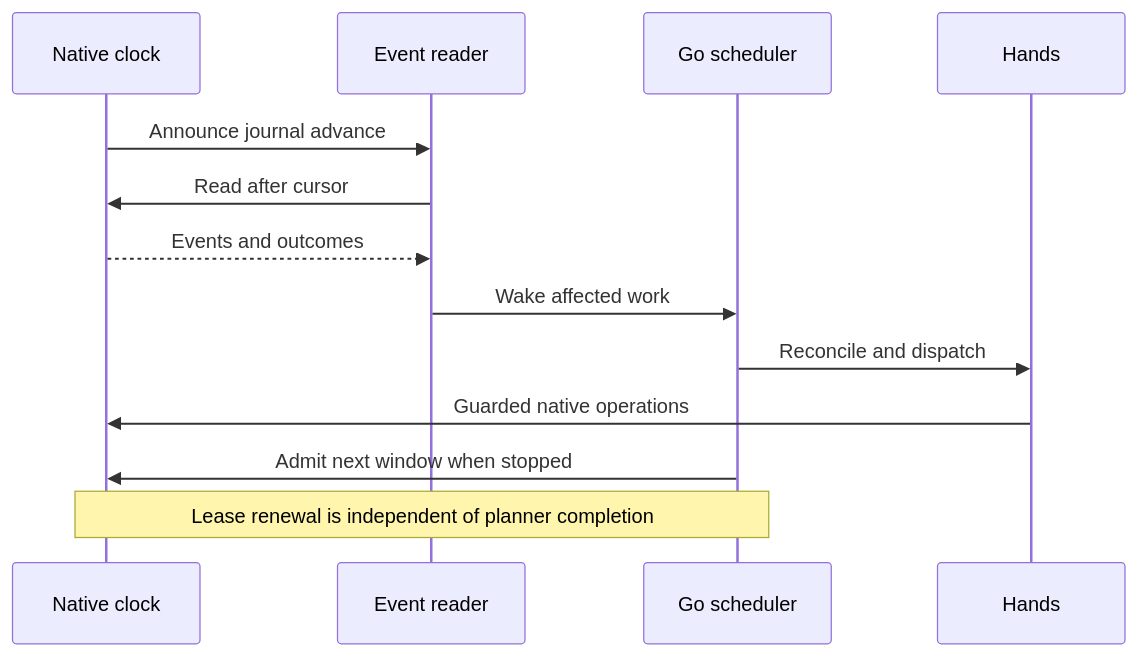
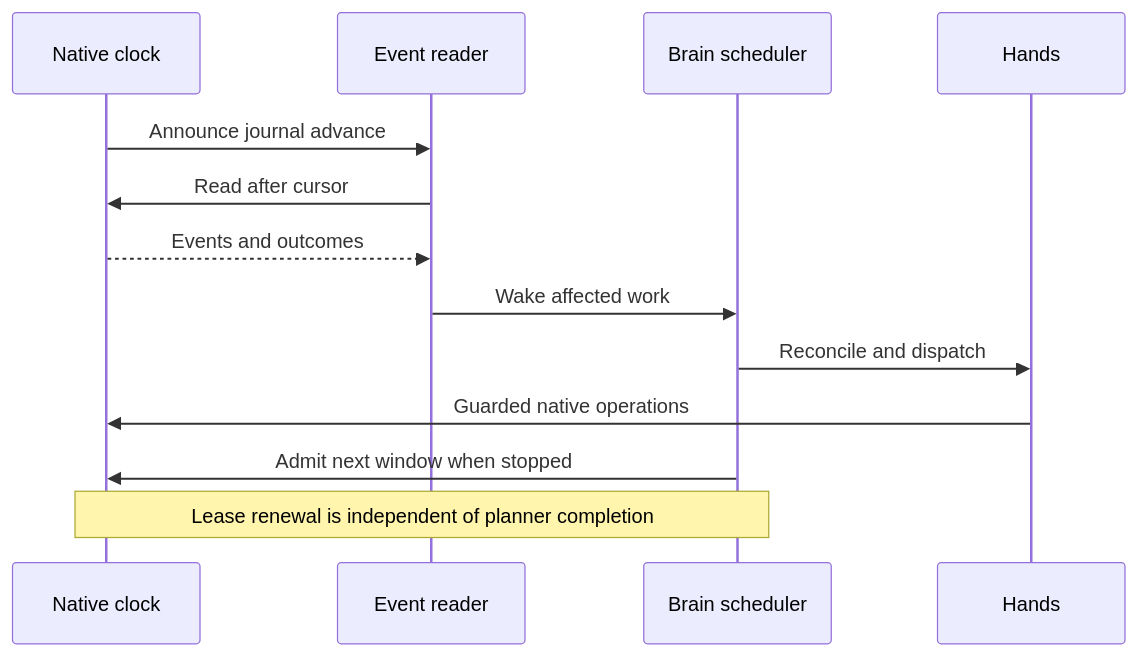
Before and after one commit to davidarcher/rimgovernor: the second of 2 diagrams in docs/developers/architecture/control-loop.md, drawn with Mermaid. The commit also changed other lines of this file and 143 other files, not shown here.

````diff
--- a/docs/developers/architecture/control-loop.md
+++ b/docs/developers/architecture/control-loop.md
@@ -100,15 +100,15 @@
 ```mermaid
 sequenceDiagram
     participant N as Native clock
     participant P as Event reader
-    participant S as Go scheduler
+    participant S as Brain scheduler
     participant H as Hands
     N->>P: Announce journal advance
     P->>N: Read after cursor
     N-->>P: Events and outcomes
     P->>S: Wake affected work
     S->>H: Reconcile and dispatch
     H->>N: Guarded native operations
     S->>N: Admit next window when stopped
     Note over N,S: Lease renewal is independent of planner completion
 ```
````
